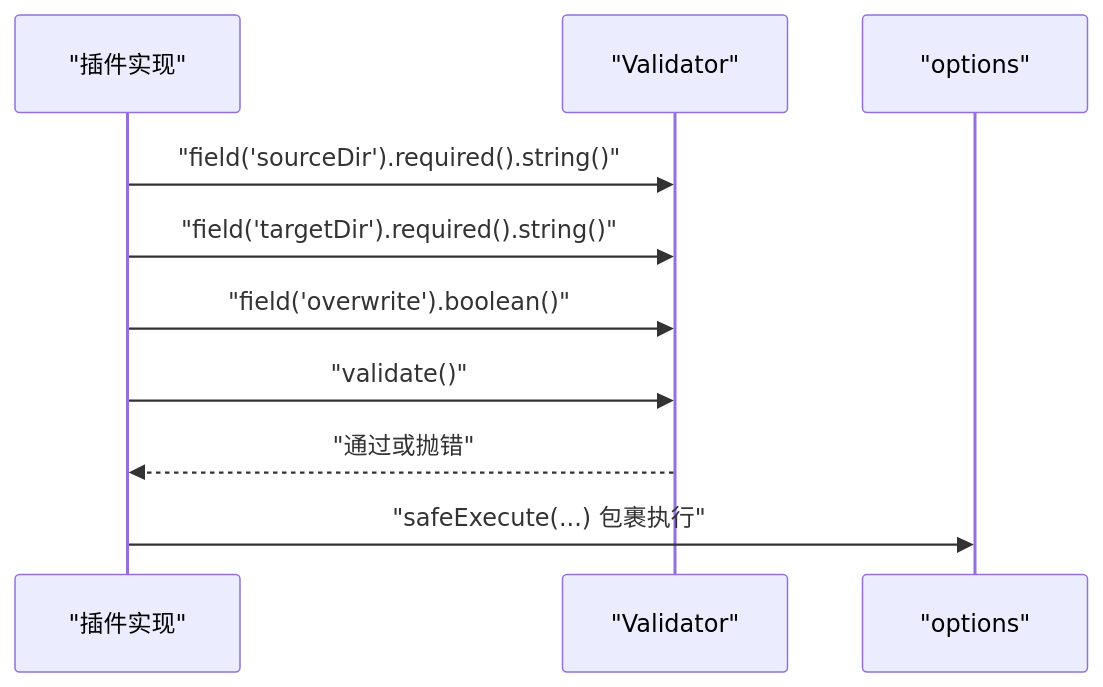
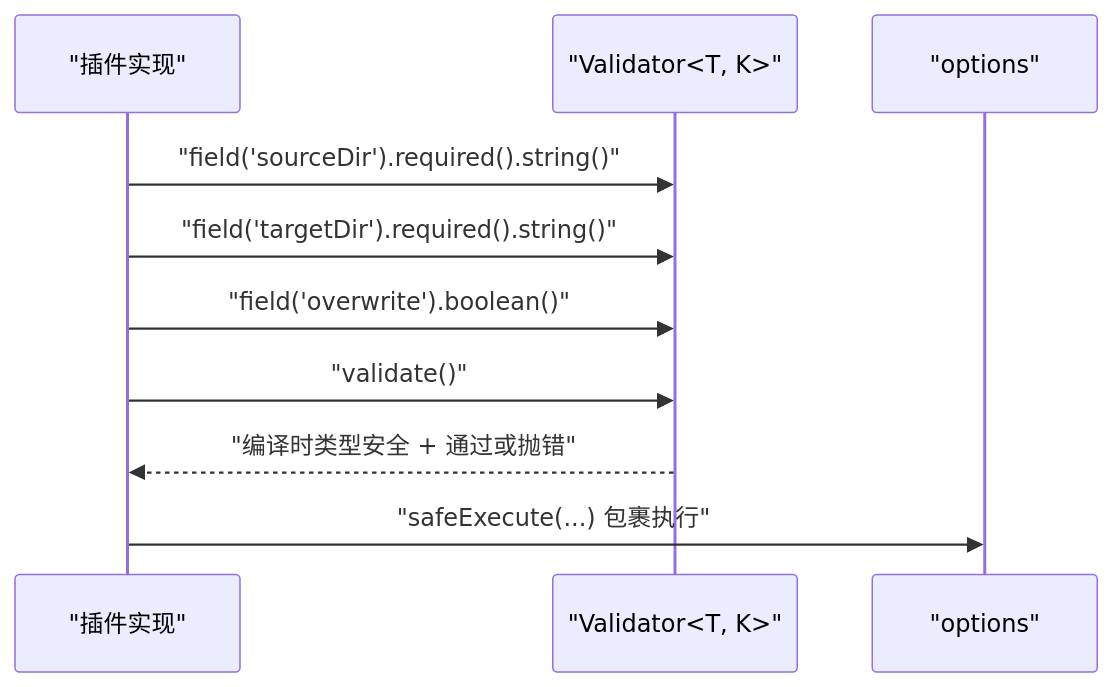
Before and after one commit to MengXi-Studio/vite-plugin: the sixth of 7 diagrams in .qoder/repowiki/zh/content/工具模块/验证器工具.md, drawn with Mermaid. The commit also changed other lines of this file and 5 other files, not shown here.

````diff
--- a/.qoder/repowiki/zh/content/工具模块/验证器工具.md
+++ b/.qoder/repowiki/zh/content/工具模块/验证器工具.md
@@ -227,12 +281,12 @@
 ```mermaid
 sequenceDiagram
 participant C as "插件实现"
-participant V as "Validator"
+participant V as "Validator<T, K>"
 participant O as "options"
 C->>V : "field('sourceDir').required().string()"
 C->>V : "field('targetDir').required().string()"
 C->>V : "field('overwrite').boolean()"
 C->>V : "validate()"
-V-->>C : "通过或抛错"
+V-->>C : "编译时类型安全 + 通过或抛错"
 C->>O : "safeExecute(...) 包裹执行"
 ```
````
